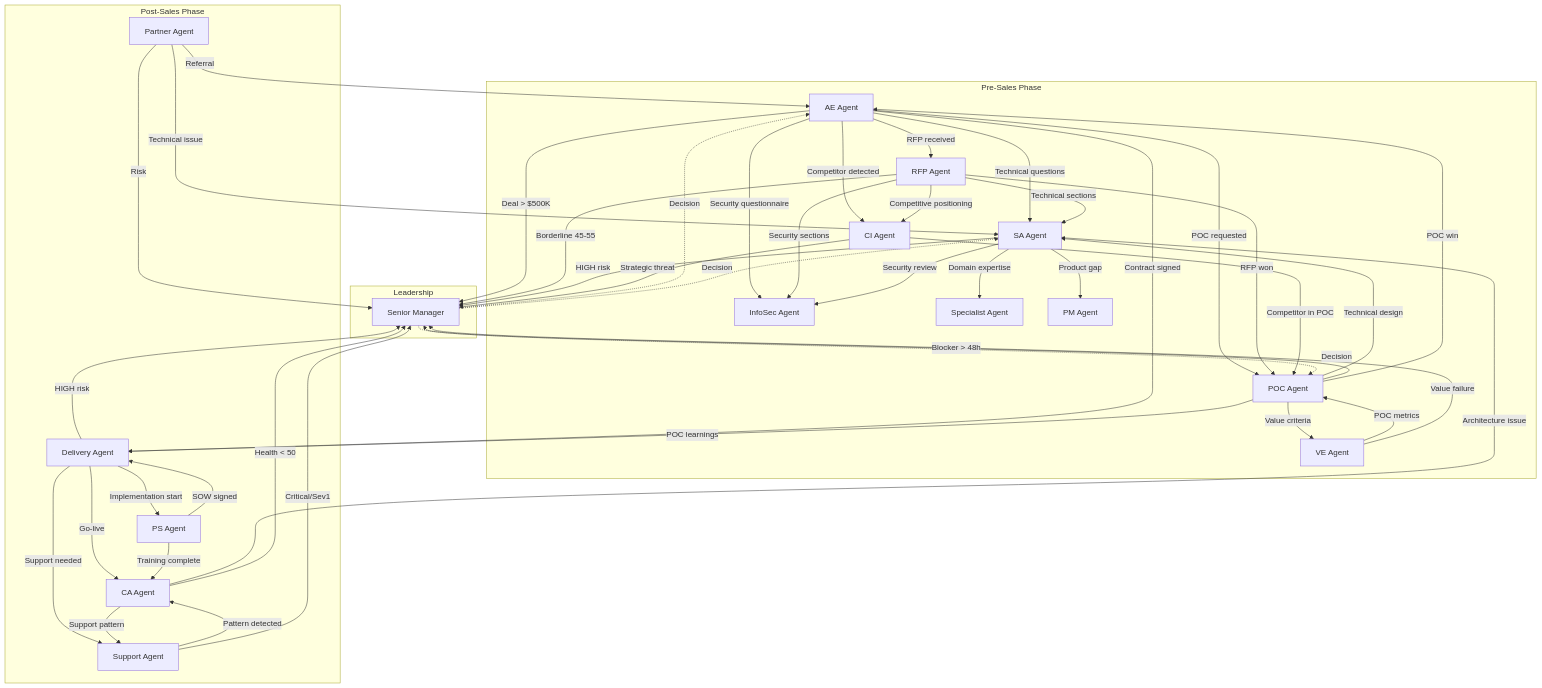
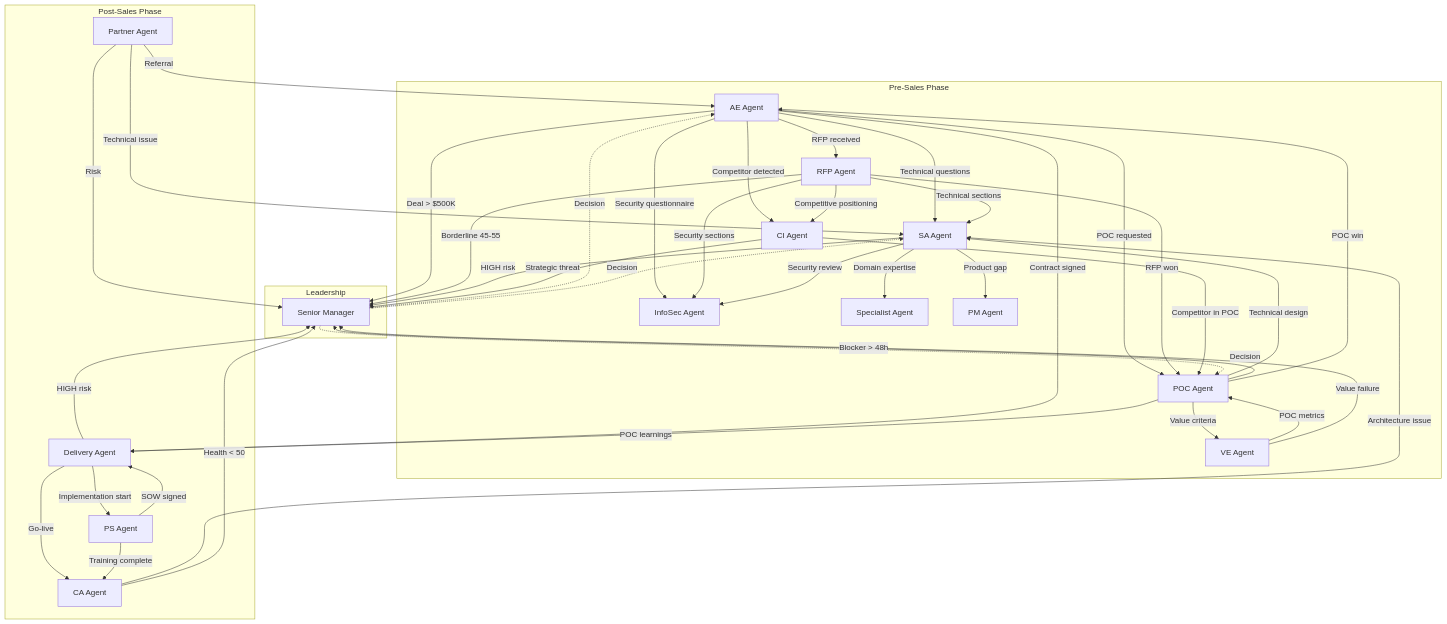
One commit to franktatjana/ea-agentic-lab changed the first of 6 diagrams in docs/architecture/agents/agent-handover-diagram.md. Above: the diagram before and after it, drawn with Mermaid. The commit also changed other lines of this file and 117 other files, not shown here.

```diff
--- a/docs/architecture/agents/agent-handover-diagram.md
+++ b/docs/architecture/agents/agent-handover-diagram.md
@@ -37,7 +37,6 @@
         DELIVERY[Delivery Agent]
         PS[PS Agent]
         CA[CA Agent]
-        SUPPORT[Support Agent]
         PARTNER[Partner Agent]
     end
 
@@ -82,7 +81,6 @@
     %% Post-Sales Flows
     DELIVERY -->|Implementation start| PS
     DELIVERY -->|Go-live| CA
-    DELIVERY -->|Support needed| SUPPORT
     DELIVERY -->|HIGH risk| SM
 
     PS -->|SOW signed| DELIVERY
@@ -90,10 +88,6 @@
 
     CA -->|Architecture issue| SA
     CA -->|Health < 50| SM
-    CA -->|Support pattern| SUPPORT
-
-    SUPPORT -->|Pattern detected| CA
-    SUPPORT -->|Critical/Sev1| SM
 
     PARTNER -->|Referral| AE
     PARTNER -->|Technical issue| SA
```
